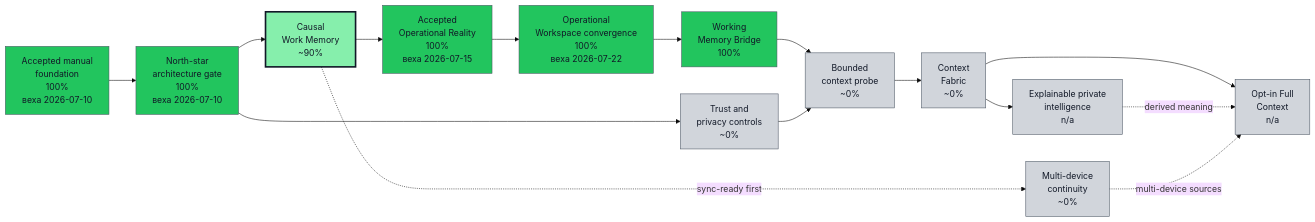
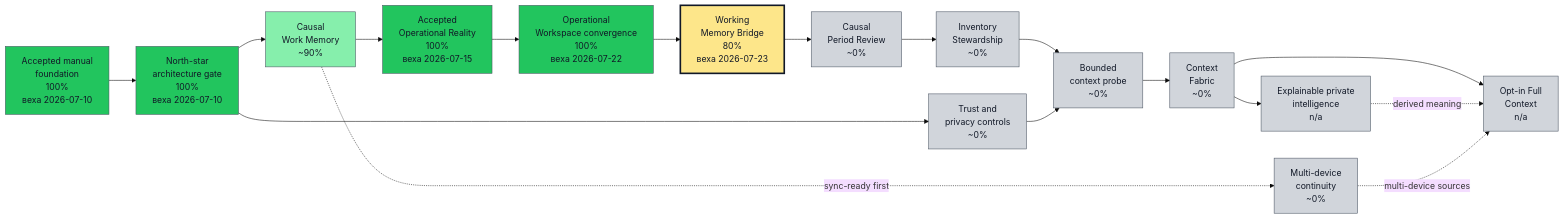
One commit to asukhodko/timeskein changed the first of 2 diagrams in docs/roadmap/opskarta.md. Above: the diagram before and after it, drawn with Mermaid (base theme). The commit also changed other lines of this file and 31 other files, not shown here.

Commit message:
docs: prepare working memory D0-D11 trial

````diff
--- a/docs/roadmap/opskarta.md
+++ b/docs/roadmap/opskarta.md
@@ -54,53 +66,59 @@
 ```mermaid
 flowchart LR
 
     classDef exec_done fill:#22c55e,stroke:#4b5563,color:#111827,stroke-width:1px
     classDef exec_in_progress fill:#0ea5e9,stroke:#4b5563,color:#111827,stroke-width:1px
     classDef exec_blocked fill:#fecaca,stroke:#4b5563,color:#111827,stroke-width:1px
     classDef exec_not_started fill:#9ca3af,stroke:#4b5563,color:#111827,stroke-width:1px
     classDef exec_mgmt_green fill:#86efac,stroke:#4b5563,color:#111827,stroke-width:1px
     classDef exec_mgmt_yellow fill:#fde68a,stroke:#4b5563,color:#111827,stroke-width:1px
     classDef exec_mgmt_red fill:#fca5a5,stroke:#4b5563,color:#111827,stroke-width:1px
     classDef exec_mgmt_neutral fill:#d1d5db,stroke:#4b5563,color:#111827,stroke-width:1px
 
     accepted_foundation["Accepted manual<br/>foundation<br/>100%<br/>веха 2026-07-10"]
     class accepted_foundation exec_done
     architecture_gate["North-star<br/>architecture gate<br/>100%<br/>веха 2026-07-10"]
     class architecture_gate exec_done
     causal_memory["Causal<br/>Work Memory<br/>~90%"]
     class causal_memory exec_mgmt_green
-    style causal_memory stroke:#111827,stroke-width:3px
     current_steering["Accepted<br/>Operational Reality<br/>100%<br/>веха 2026-07-15"]
     class current_steering exec_done
     operational_workspace["Operational<br/>Workspace convergence<br/>100%<br/>веха 2026-07-22"]
     class operational_workspace exec_done
-    working_memory["Working<br/>Memory Bridge<br/>100%"]
-    class working_memory exec_done
+    working_memory["Working<br/>Memory Bridge<br/>80%<br/>веха 2026-07-23"]
+    class working_memory exec_mgmt_yellow
+    style working_memory stroke:#111827,stroke-width:3px
+    causal_period_review["Causal<br/>Period Review<br/>~0%"]
+    class causal_period_review exec_mgmt_neutral
+    inventory_stewardship["Inventory<br/>Stewardship<br/>~0%"]
+    class inventory_stewardship exec_mgmt_neutral
     trust_controls["Trust and<br/>privacy controls<br/>~0%"]
     class trust_controls exec_mgmt_neutral
     bounded_context_probe["Bounded<br/>context probe<br/>~0%"]
     class bounded_context_probe exec_mgmt_neutral
     context_fabric["Context<br/>Fabric<br/>~0%"]
     class context_fabric exec_mgmt_neutral
     private_intelligence["Explainable private<br/>intelligence<br/>n/a"]
     class private_intelligence exec_mgmt_neutral
     continuity["Multi-device<br/>continuity<br/>~0%"]
     class continuity exec_mgmt_neutral
     full_context["Opt-in Full<br/>Context<br/>n/a"]
     class full_context exec_mgmt_neutral
 
     accepted_foundation --> architecture_gate
     architecture_gate --> causal_memory
     causal_memory --> current_steering
     current_steering --> operational_workspace
     operational_workspace --> working_memory
+    working_memory --> causal_period_review
+    causal_period_review --> inventory_stewardship
     architecture_gate --> trust_controls
-    working_memory --> bounded_context_probe
+    inventory_stewardship --> bounded_context_probe
     trust_controls --> bounded_context_probe
     bounded_context_probe --> context_fabric
     context_fabric --> private_intelligence
     causal_memory -. sync-ready first .-> continuity
     context_fabric --> full_context
     private_intelligence -. derived meaning .-> full_context
     continuity -. multi-device sources .-> full_context
 ```
````
